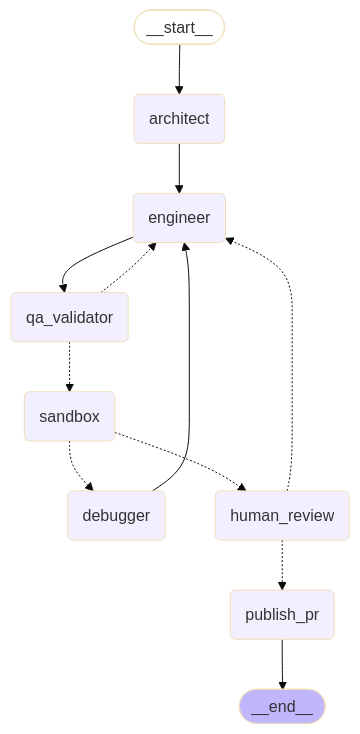
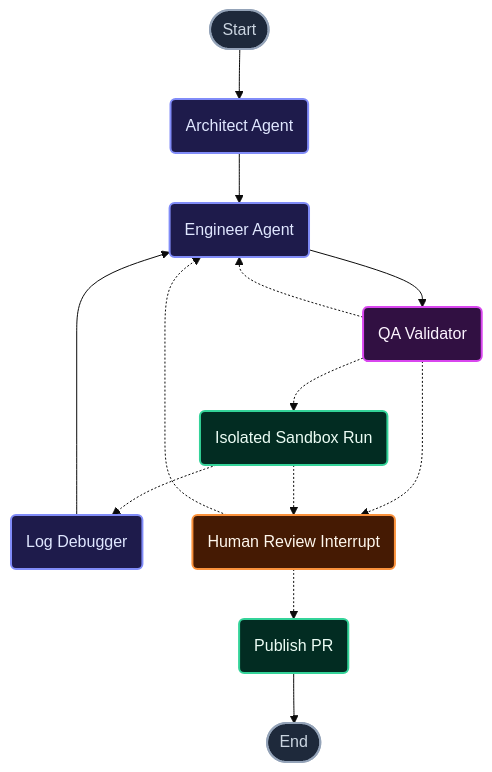
Before and after one commit to P202U/Repograte: the diagram in README.md, drawn with Mermaid (base theme). The commit also changed other lines of this file, not shown here.

````diff
--- a/README.md
+++ b/README.md
@@ -14,26 +21,33 @@
 ```mermaid
 graph TD;
-	__start__([<p>__start__</p>]):::first
-	architect(architect)
-	engineer(engineer)
-	qa_validator(qa_validator)
-	sandbox(sandbox)
-	debugger(debugger)
-	human_review(human_review)
-	publish_pr(publish_pr)
-	__end__([<p>__end__</p>]):::last
+	__start__([Start]):::startEnd
+	architect(Architect Agent):::agent
+	engineer(Engineer Agent):::agent
+	qa_validator(QA Validator):::qa
+	sandbox(Isolated Sandbox Run):::infra
+	debugger(Log Debugger):::agent
+	human_review(Human Review Interrupt):::human
+	publish_pr(Publish PR):::infra
+	__end__([End]):::startEnd
+
 	__start__ --> architect;
 	architect --> engineer;
 	debugger --> engineer;
 	engineer --> qa_validator;
 	human_review -.-> engineer;
 	human_review -.-> publish_pr;
 	qa_validator -.-> engineer;
 	qa_validator -.-> sandbox;
+	qa_validator -.-> human_review;
 	sandbox -.-> debugger;
 	sandbox -.-> human_review;
 	publish_pr --> __end__;
-	classDef default fill:#f2f0ff,line-height:1.2
-	classDef first fill-opacity:0
-	classDef last fill:#bfb6fc
+
+	%% Premium Neon / Developer Palette
+	classDef default fill:#0f172a,stroke:#38bdf8,color:#f8fafc,stroke-width:2px;
+	classDef agent fill:#1e1b4b,stroke:#818cf8,color:#e0e7ff,stroke-width:2px;
+	classDef qa fill:#311042,stroke:#d946ef,color:#fdf4ff,stroke-width:2px;
+	classDef infra fill:#022c22,stroke:#34d399,color:#ecfdf5,stroke-width:2px;
+	classDef human fill:#451a03,stroke:#fb923c,color:#fff7ed,stroke-width:2px;
+	classDef startEnd fill:#1e293b,stroke:#94a3b8,color:#cbd5e1,stroke-width:2px;
 ```
````
